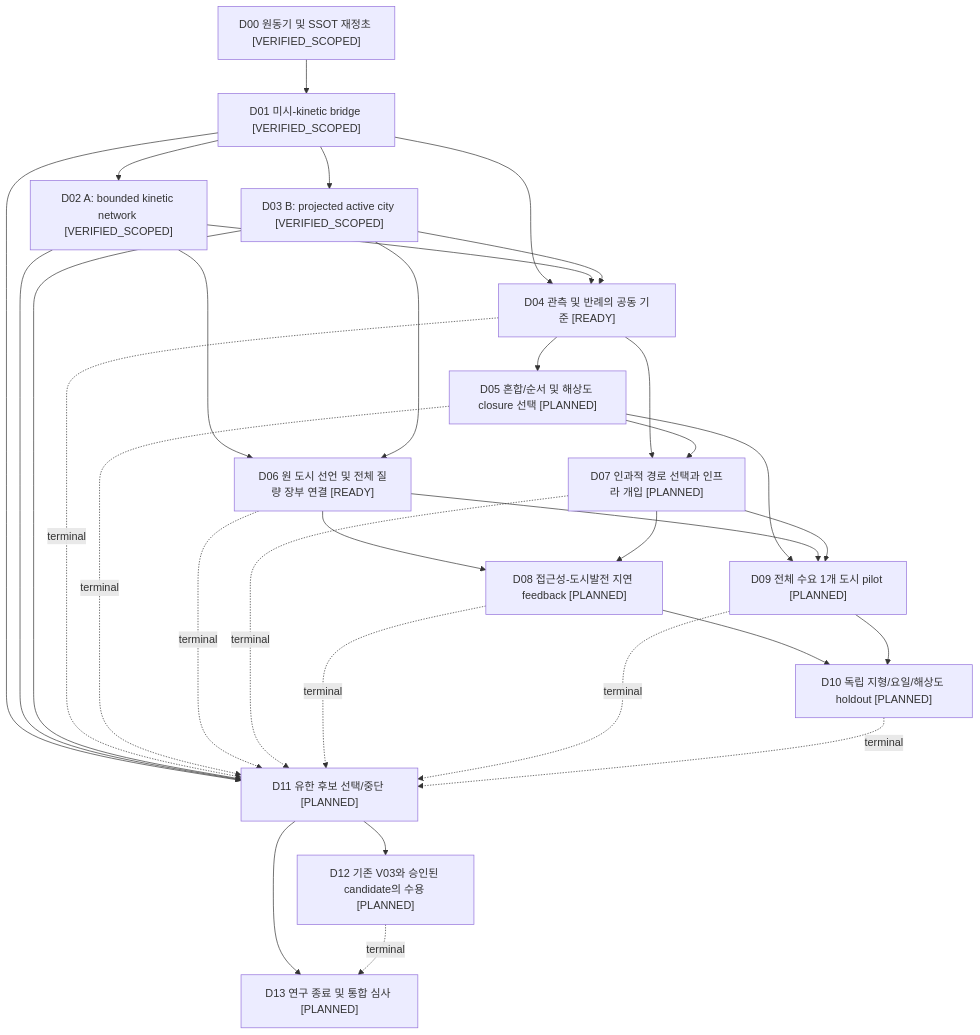
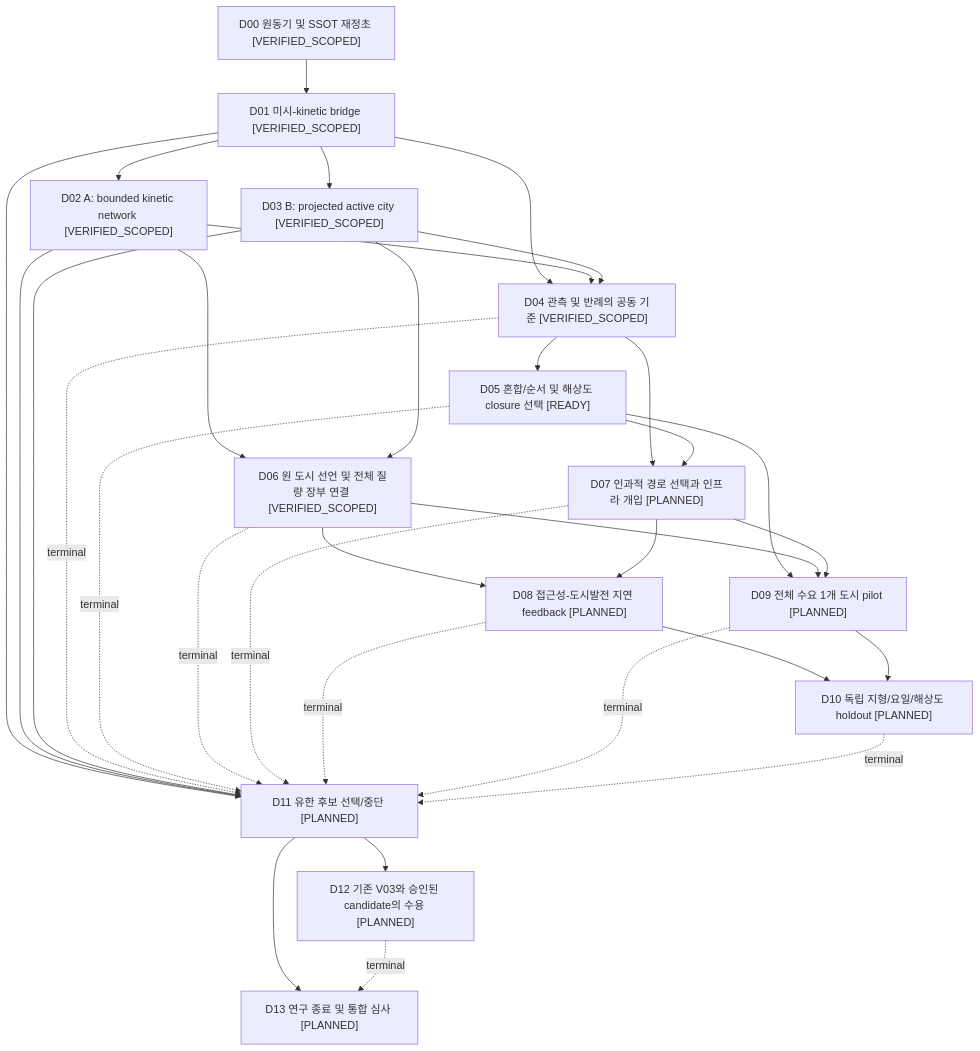
Before and after one commit to cosmosapjw-quantum/urban_traffic_demo: the diagram in docs/akm/DAG.mmd, drawn with Mermaid. The commit also changed 7 other files, not shown here.

```diff
--- a/docs/akm/DAG.mmd
+++ b/docs/akm/DAG.mmd
@@ -1,46 +1,46 @@
 flowchart TD
   D00["D00 원동기 및 SSOT 재정초 [VERIFIED_SCOPED]"]
   D01["D01 미시-kinetic bridge [VERIFIED_SCOPED]"]
   D00 --> D01
   D02["D02 A: bounded kinetic network [VERIFIED_SCOPED]"]
   D01 --> D02
   D03["D03 B: projected active city [VERIFIED_SCOPED]"]
   D01 --> D03
-  D04["D04 관측 및 반례의 공동 기준 [READY]"]
+  D04["D04 관측 및 반례의 공동 기준 [VERIFIED_SCOPED]"]
   D01 --> D04
   D02 --> D04
   D03 --> D04
-  D05["D05 혼합/순서 및 해상도 closure 선택 [PLANNED]"]
+  D05["D05 혼합/순서 및 해상도 closure 선택 [READY]"]
   D04 --> D05
-  D06["D06 원 도시 선언 및 전체 질량 장부 연결 [READY]"]
+  D06["D06 원 도시 선언 및 전체 질량 장부 연결 [VERIFIED_SCOPED]"]
   D02 --> D06
   D03 --> D06
   D07["D07 인과적 경로 선택과 인프라 개입 [PLANNED]"]
   D04 --> D07
   D05 --> D07
   D08["D08 접근성-도시발전 지연 feedback [PLANNED]"]
   D06 --> D08
   D07 --> D08
   D09["D09 전체 수요 1개 도시 pilot [PLANNED]"]
   D05 --> D09
   D06 --> D09
   D07 --> D09
   D10["D10 독립 지형/요일/해상도 holdout [PLANNED]"]
   D08 --> D10
   D09 --> D10
   D11["D11 유한 후보 선택/중단 [PLANNED]"]
   D01 --> D11
   D02 --> D11
   D03 --> D11
   D04 -. terminal .-> D11
   D05 -. terminal .-> D11
   D06 -. terminal .-> D11
   D07 -. terminal .-> D11
   D08 -. terminal .-> D11
   D09 -. terminal .-> D11
   D10 -. terminal .-> D11
   D12["D12 기존 V03와 승인된 candidate의 수용 [PLANNED]"]
   D11 --> D12
   D13["D13 연구 종료 및 통합 심사 [PLANNED]"]
   D11 --> D13
   D12 -. terminal .-> D13
```
